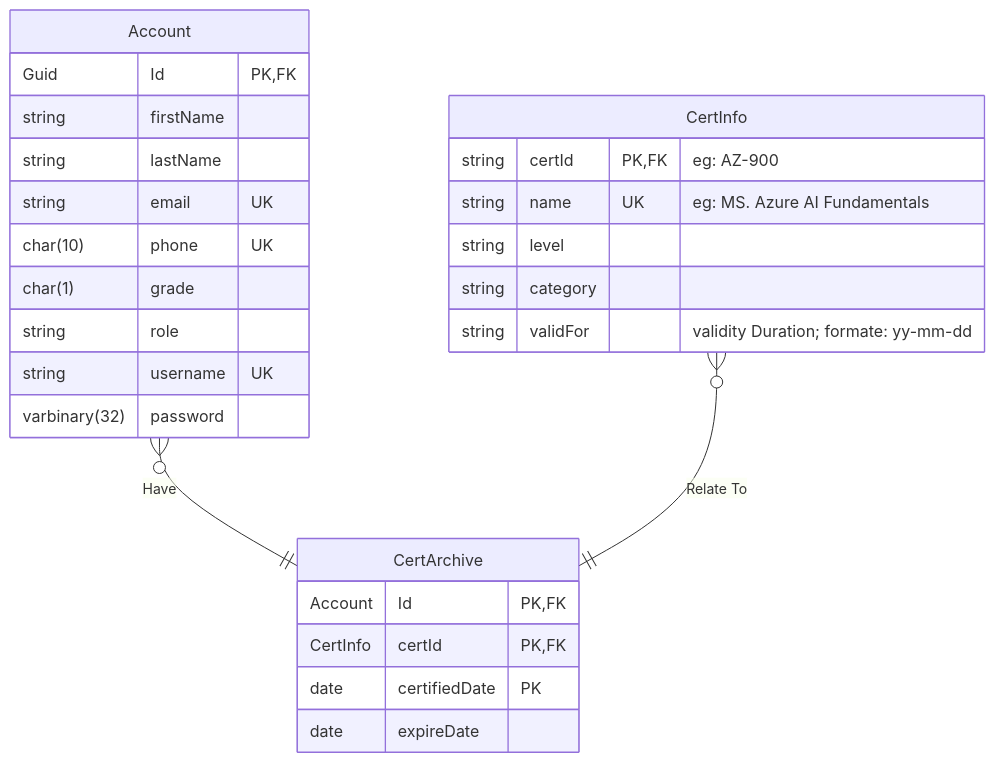
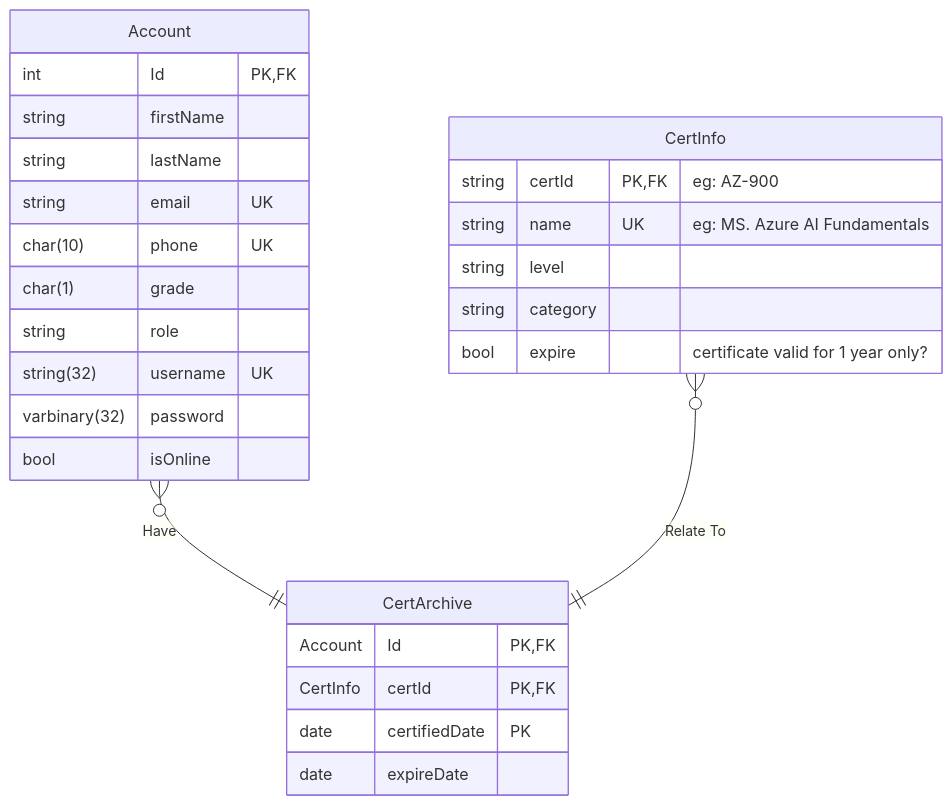
One commit to bsumner2/cs590_stub changed the diagram in README.md. Above: the diagram before and after it, drawn with Mermaid. The commit also changed other lines of this file, not shown here.

````diff
--- a/README.md
+++ b/README.md
@@ -55,31 +52,32 @@
 ```mermaid
 erDiagram
     Account {
-        Guid            Id PK, FK
+        int             Id PK, FK
         string          firstName
         string          lastName
         string          email UK
         char(10)        phone UK
         char(1)         grade
         string          role
-        string          username UK
+        string(32)      username UK
         varbinary(32)   password
+        bool            isOnline
 
     }
     CertInfo {
-        string      certId PK, FK "eg: AZ-900"
-        string      name UK "eg: MS. Azure AI Fundamentals"
-        string      level
-        string      category
-        string      validFor "validity Duration; formate: yy-mm-dd"
+        string          certId PK, FK "eg: AZ-900"
+        string          name UK "eg: MS. Azure AI Fundamentals"
+        string          level
+        string          category
+        bool            expire "certificate valid for 1 year only?"
     }
     CertArchive {
-        Account        Id PK, FK
-        CertInfo    certId PK, FK
-        date        certifiedDate PK
-        date        expireDate
+        Account         Id PK, FK
+        CertInfo        certId PK, FK
+        date            certifiedDate PK
+        date            expireDate
     }
     
-    Account     }o--|| CertArchive : Have
+    Account  }o--|| CertArchive : Have
     CertInfo }o--|| CertArchive : "Relate To"
 ```
````
